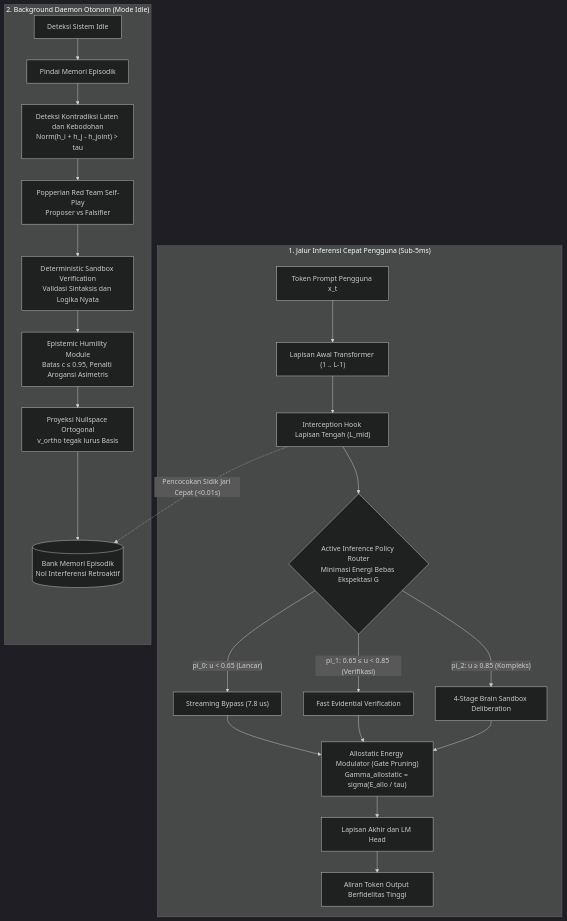
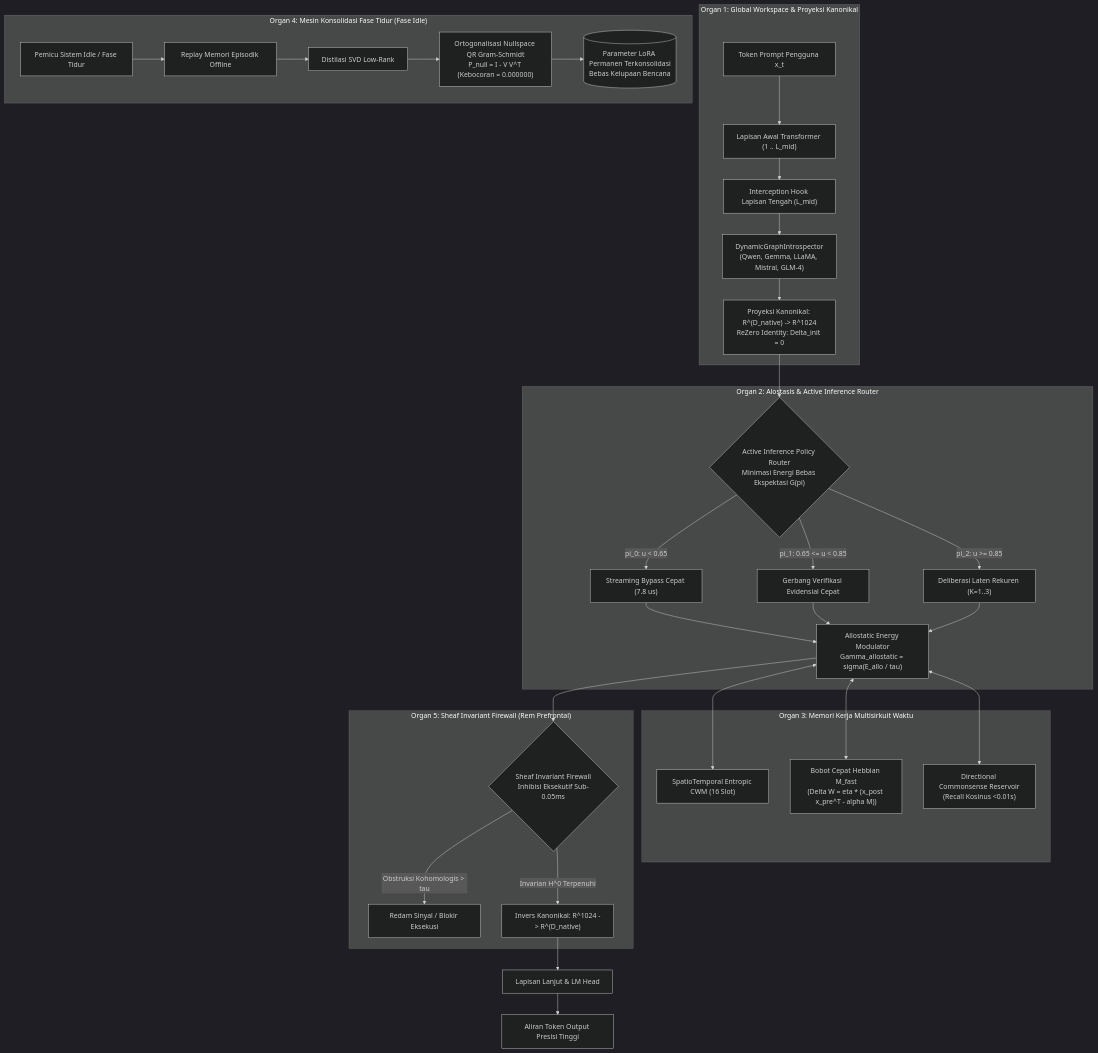
The diagram in docs/README_id.md (Ch3nOff/dual-loop-controller), drawn with Mermaid (dark theme) before and after one commit. The commit also changed other lines of this file and 10 other files, not shown here.

````diff
--- a/docs/README_id.md
+++ b/docs/README_id.md
@@ -39,32 +63,41 @@
 ```mermaid
 flowchart TD
-    subgraph InferensiPengguna ["1. Jalur Inferensi Cepat Pengguna (Sub-5ms)"]
-        In["Token Prompt Pengguna x_t"] --> EarlyLayers["Lapisan Awal Transformer (1 .. L-1)"]
+    subgraph Organ1 ["Organ 1: Global Workspace & Proyeksi Kanonikal"]
+        In["Token Prompt Pengguna x_t"] --> EarlyLayers["Lapisan Awal Transformer (1 .. L_mid)"]
         EarlyLayers --> Hook["Interception Hook Lapisan Tengah (L_mid)"]
-        Hook --> FristonRouter{"Active Inference Policy Router<br/>Minimasi Energi Bebas Ekspektasi G"}
-        FristonRouter -->|"pi_0: u &lt; 0.65 (Lancar)"| Bypass["Streaming Bypass (7.8 us)"]
-        FristonRouter -->|"pi_1: 0.65 &le; u &lt; 0.85 (Verifikasi)"| FastCheck["Fast Evidential Verification"]
-        FristonRouter -->|"pi_2: u &ge; 0.85 (Kompleks)"| BrainSandbox["4-Stage Brain Sandbox Deliberation"]
-        
-        Bypass --> Allostasis["Allostatic Energy Modulator (Gate Pruning)<br/>Gamma_allostatic = sigma(E_allo / tau)"]
-        FastCheck --> Allostasis
-        BrainSandbox --> Allostasis
-        
-        Allostasis --> LateLayers["Lapisan Akhir dan LM Head"]
-        LateLayers --> Output["Aliran Token Output Berfidelitas Tinggi"]
+        Hook --> GraphIntrospect["DynamicGraphIntrospector<br/>(Qwen, Gemma, LLaMA, Mistral, GLM-4)"]
+        GraphIntrospect --> CanonicalMap["Proyeksi Kanonikal: R^(D_native) -> R^1024<br/>ReZero Identity: Delta_init = 0"]
     end
 
-    subgraph DaemonOtonom ["2. Background Daemon Otonom (Mode Idle)"]
-        IdleDetect["Deteksi Sistem Idle"] --> ScanMemory["Pindai Memori Episodik"]
-        ScanMemory --> DetectContradiction["Deteksi Kontradiksi Laten dan Kebodohan<br/>Norm(h_i + h_j - h_joint) &gt; tau"]
-        
-        DetectContradiction --> PopperianSelfPlay["Popperian Red Team Self-Play<br/>Proposer vs Falsifier"]
-        PopperianSelfPlay --> SandboxTruth["Deterministic Sandbox Verification<br/>Validasi Sintaksis dan Logika Nyata"]
-        
-        SandboxTruth --> EpistemicHumility["Epistemic Humility Module<br/>Batas c &le; 0.95, Penalti Arogansi Asimetris"]
-        EpistemicHumility --> NullspaceProj["Proyeksi Nullspace Ortogonal<br/>v_ortho tegak lurus Basis"]
-        NullspaceProj --> MemoryBank[("Bank Memori Episodik<br/>Nol Interferensi Retroaktif")]
+    subgraph Organ2 ["Organ 2: Alostasis & Active Inference Router"]
+        CanonicalMap --> FristonRouter{"Active Inference Policy Router<br/>Minimasi Energi Bebas Ekspektasi G(pi)"}
+        FristonRouter -->|"pi_0: u < 0.65"| FastBypass["Streaming Bypass Cepat (7.8 us)"]
+        FristonRouter -->|"pi_1: 0.65 <= u < 0.85"| EvidentialCheck["Gerbang Verifikasi Evidensial Cepat"]
+        FristonRouter -->|"pi_2: u >= 0.85"| DeliberationLoop["Deliberasi Laten Rekuren (K=1..3)"]
+        FastBypass --> Allostasis["Allostatic Energy Modulator<br/>Gamma_allostatic = sigma(E_allo / tau)"]
+        EvidentialCheck --> Allostasis
+        DeliberationLoop --> Allostasis
     end
-    
-    Hook -.->|"Pencocokan Sidik Jari Cepat (&lt;0.01s)"| MemoryBank
+
+    subgraph Organ3 ["Organ 3: Memori Kerja Multisirkuit Waktu"]
+        Allostasis <--> CWM["SpatioTemporal Entropic CWM (16 Slot)"]
+        Allostasis <--> FastHebbian["Bobot Cepat Hebbian M_fast<br/>(Delta W = eta * (x_post x_pre^T - alpha M))"]
+        Allostasis <--> DirectionalRes["Directional Commonsense Reservoir<br/>(Recall Kosinus <0.01s)"]
+    end
+
+    subgraph Organ5 ["Organ 5: Sheaf Invariant Firewall (Rem Prefrontal)"]
+        Allostasis --> SheafFirewall{"Sheaf Invariant Firewall<br/>Inhibisi Eksekutif Sub-0.05ms"}
+        SheafFirewall -->|"Obstruksi Kohomologis > tau"| ClampSafety["Redam Sinyal / Blokir Eksekusi"]
+        SheafFirewall -->|"Invarian H^0 Terpenuhi"| NativeProject["Invers Kanonikal: R^1024 -> R^(D_native)"]
+    end
+
+    NativeProject --> LateLayers["Lapisan Lanjut & LM Head"]
+    LateLayers --> OutStream["Aliran Token Output Presisi Tinggi"]
+
+    subgraph Organ4 ["Organ 4: Mesin Konsolidasi Fase Tidur (Fase Idle)"]
+        SystemIdle["Pemicu Sistem Idle / Fase Tidur"] --> ReplayBuffer["Replay Memori Episodik Offline"]
+        ReplayBuffer --> SVDDistill["Distilasi SVD Low-Rank"]
+        SVDDistill --> NullspaceOrtho["Ortogonalisasi Nullspace QR Gram-Schmidt<br/>P_null = I - V V^T (Kebocoran = 0.000000)"]
+        NullspaceOrtho --> PermanentLoRA[("Parameter LoRA Permanen Terkonsolidasi<br/>Bebas Kelupaan Bencana")]
+    end
 ```
````
